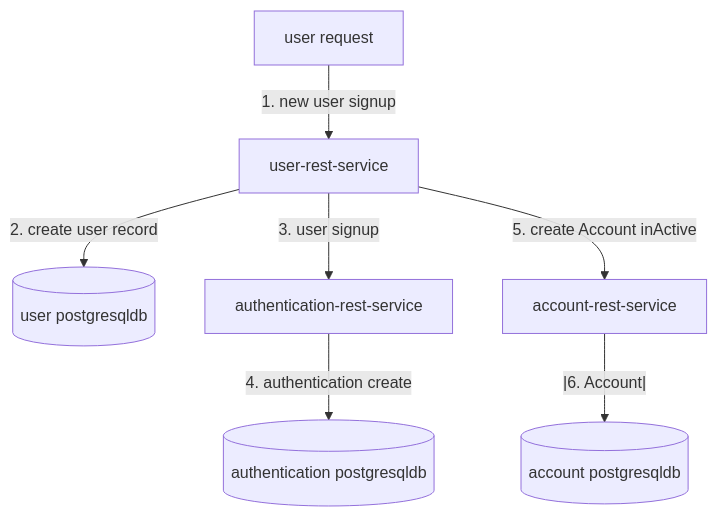
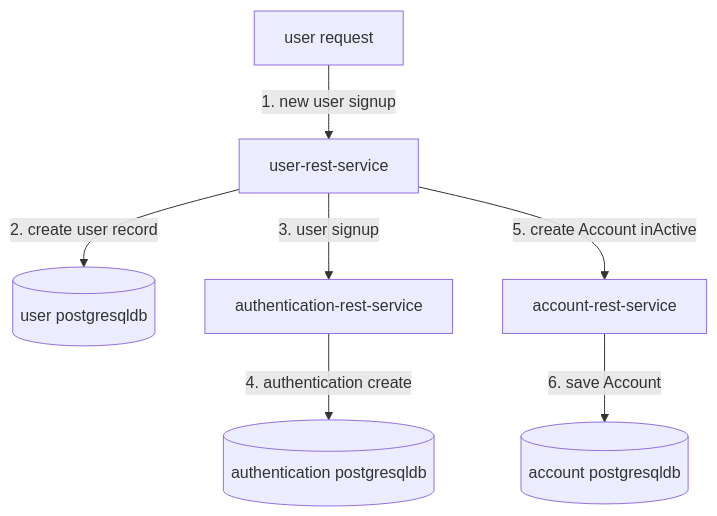
One commit to sonamsamdupkhangsar/sonamsamdupkhangsar.github.io changed the second of 4 diagrams in README.md. Above: the diagram before and after it, drawn with Mermaid.

````diff
--- a/README.md
+++ b/README.md
@@ -38,9 +38,9 @@
 ```mermaid
 flowchart TD
     Request[user request] --> |1. new user signup| UserRestService[user-rest-service]
     UserRestService -->|2. create user record| UserPgsqlDb[(user postgresqldb)]
     UserRestService -->|3. user signup| AuthenticationRestService[authentication-rest-service]
     AuthenticationRestService -->|4. authentication create| AuthenticationPgsqlDb[(authentication postgresqldb)]
     UserRestService -->|5. create Account inActive| AccountRestService[account-rest-service]
-    AccountRestService --|6. Account| --> AccountPgsqlDb[(account postgresqldb)]
+    AccountRestService -->|6. save Account| AccountPgsqlDb[(account postgresqldb)]
 ```
````
